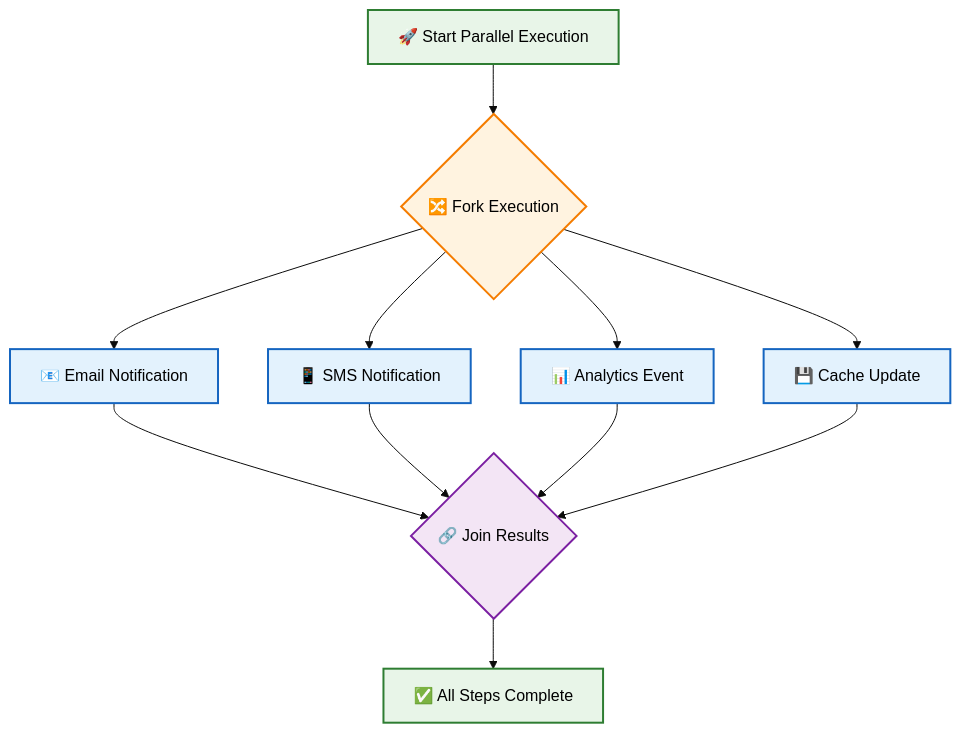
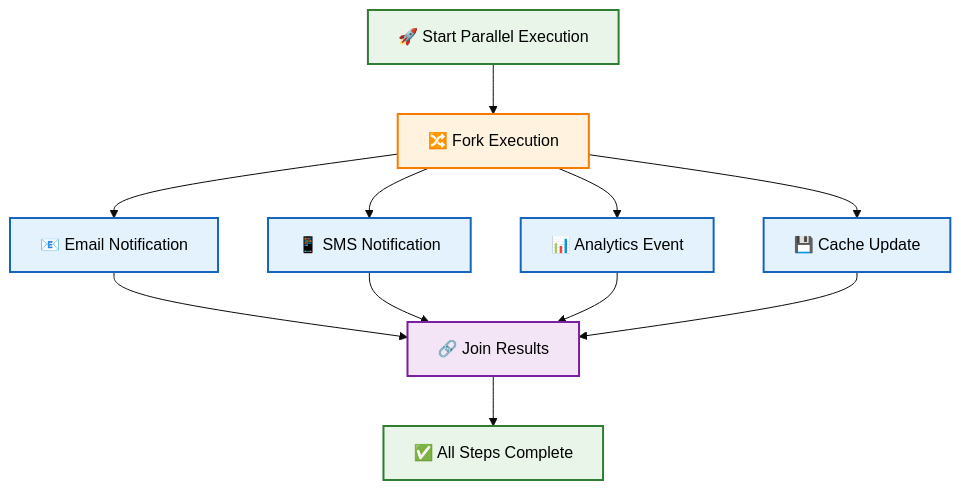
One commit to abdoElHodaky/larvrevrstender changed the sixth of 10 diagrams in diagrams/workflow-orchestration.md. Above: the diagram before and after it, drawn with Mermaid (base theme). The commit also changed other lines of this file and 1 other file, not shown here.

````diff
--- a/diagrams/workflow-orchestration.md
+++ b/diagrams/workflow-orchestration.md
@@ -296,26 +296,26 @@
 ```mermaid
 graph TB
-    START[🚀 Start Parallel Execution] --> FORK{🔀 Fork Execution}
+    START[🚀 Start Parallel Execution] --> FORK[🔀 Fork Execution]
     
     FORK --> BRANCH1[📧 Email Notification]
     FORK --> BRANCH2[📱 SMS Notification]
     FORK --> BRANCH3[📊 Analytics Event]
     FORK --> BRANCH4[💾 Cache Update]
     
-    BRANCH1 --> JOIN{🔗 Join Results}
+    BRANCH1 --> JOIN[🔗 Join Results]
     BRANCH2 --> JOIN
     BRANCH3 --> JOIN
     BRANCH4 --> JOIN
     
     JOIN --> COMPLETE[✅ All Steps Complete]
 
     classDef startStyle fill:#e8f5e8,stroke:#2e7d32,stroke-width:2px,color:#000
     classDef forkStyle fill:#fff3e0,stroke:#f57c00,stroke-width:2px,color:#000
     classDef branchStyle fill:#e3f2fd,stroke:#1565c0,stroke-width:2px,color:#000
     classDef joinStyle fill:#f3e5f5,stroke:#7b1fa2,stroke-width:2px,color:#000
     
     class START,COMPLETE startStyle
     class FORK forkStyle
     class BRANCH1,BRANCH2,BRANCH3,BRANCH4 branchStyle
     class JOIN joinStyle
 ```
````
